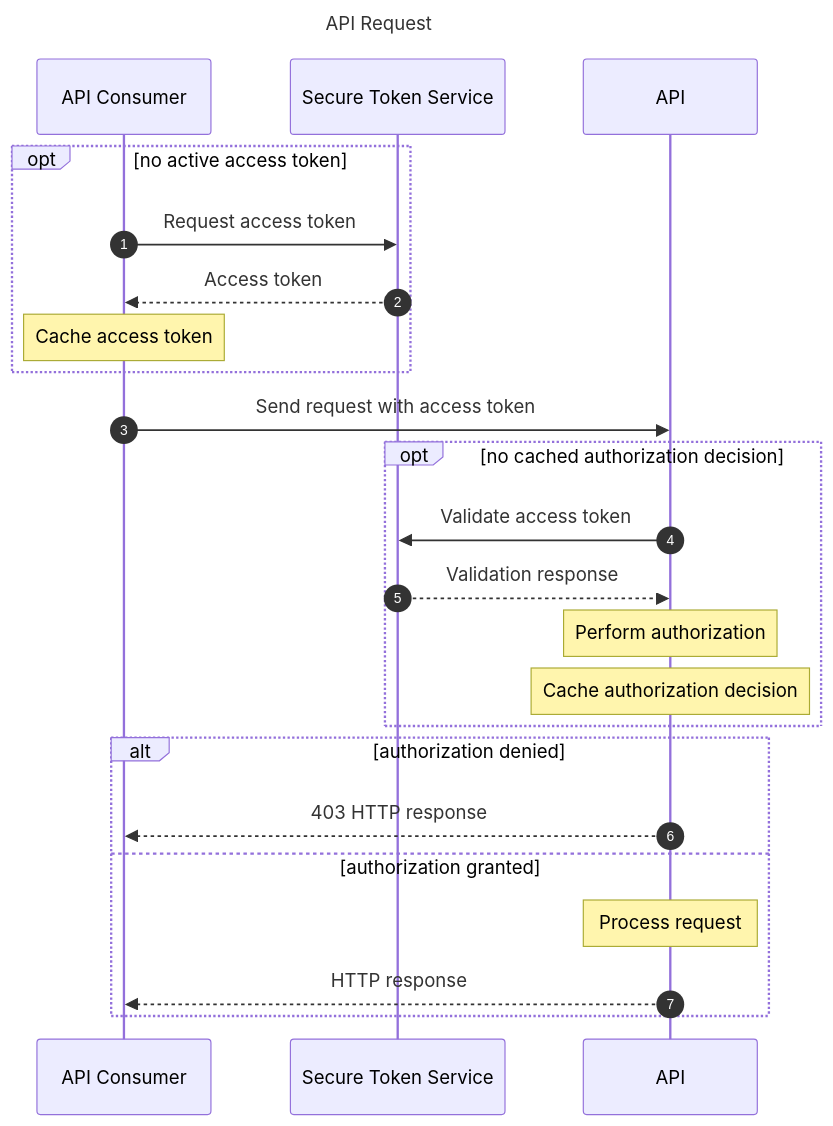
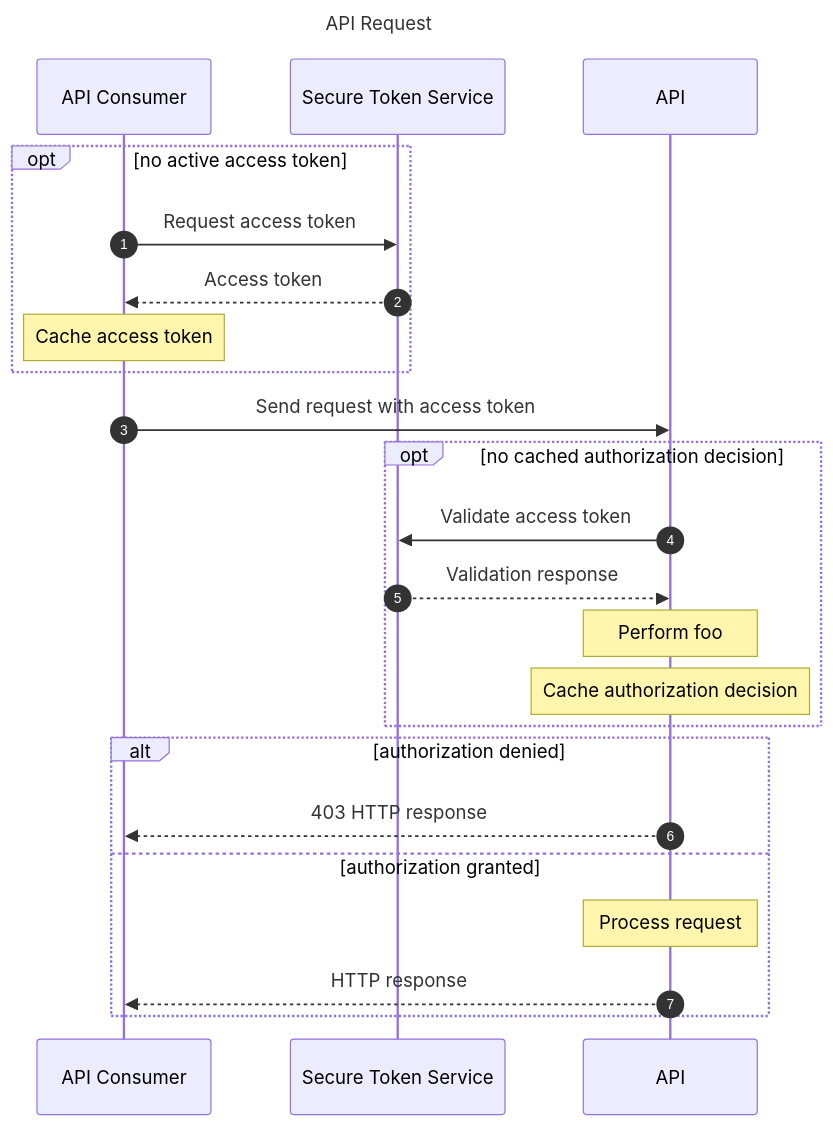
The first of 13 diagrams in mermaid/markdown/diagrams.template.md (tramaine-codes/visualization-playground), drawn with Mermaid before and after one commit. The commit also changed 3 other files, not shown here.

````diff
--- a/mermaid/markdown/diagrams.template.md
+++ b/mermaid/markdown/diagrams.template.md
@@ -7,25 +7,25 @@
 ```mermaid
 ---
 title: API Request
 ---
 sequenceDiagram
   autonumber
   opt no active access token
     API Consumer->>Secure Token Service: Request access token
     Secure Token Service-->>API Consumer: Access token
     Note over API Consumer: Cache access token
   end
   API Consumer->>API: Send request with access token
   opt no cached authorization decision
     API->>Secure Token Service: Validate access token
     Secure Token Service-->>API: Validation response
-    Note over API: Perform authorization
+    Note over API: Perform foo
     Note over API: Cache authorization decision
   end
   alt authorization denied
     API-->>API Consumer: 403 HTTP response
   else authorization granted
     Note over API: Process request
     API-->>API Consumer: HTTP response
   end
 ```
````
